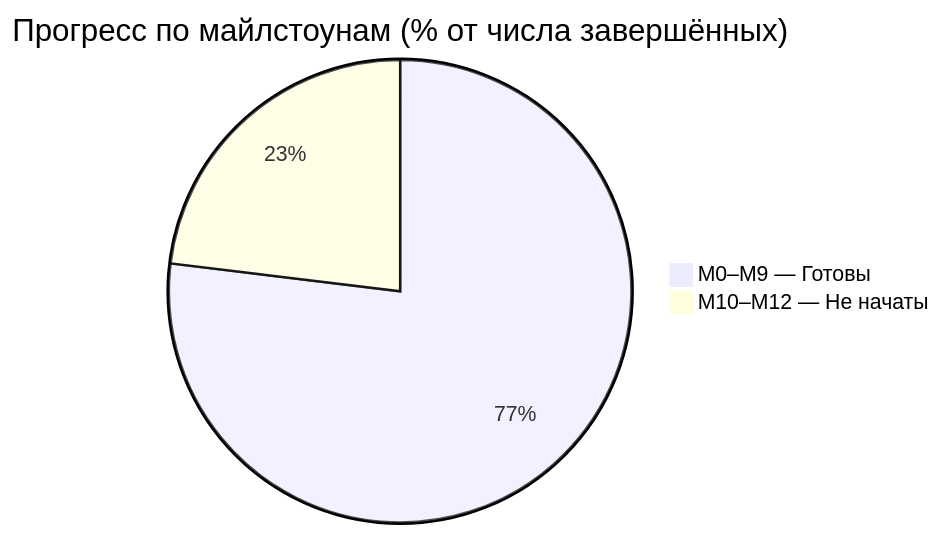
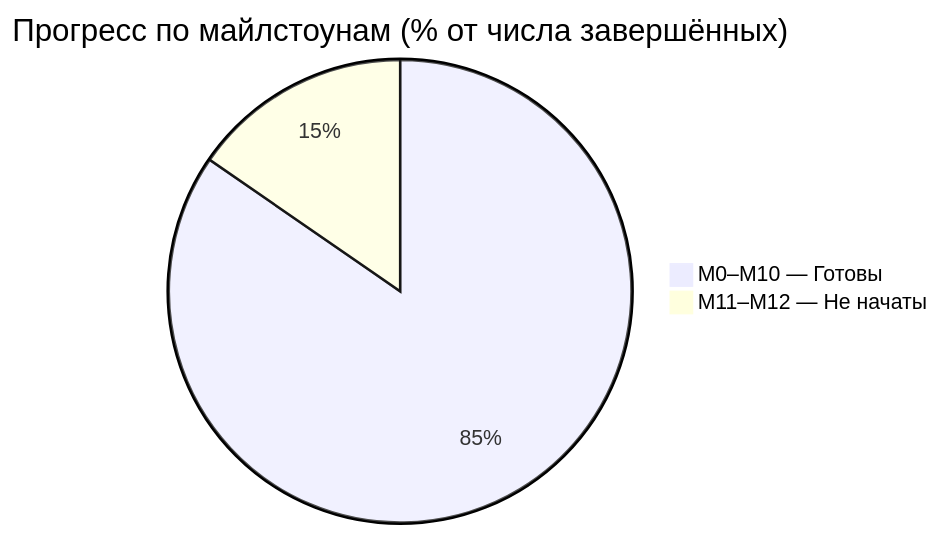
The diagram in Docs-Vault/00 - Dashboard.md (arcsymer/diplomaGame), drawn with Mermaid before and after one commit. The commit also changed other lines of this file and 14 other files, not shown here.

````diff
--- a/Docs-Vault/00 - Dashboard.md
+++ b/Docs-Vault/00 - Dashboard.md
@@ -29,5 +29,5 @@
 ```mermaid
 pie title Прогресс по майлстоунам (% от числа завершённых)
-    "M0–M9 — Готовы" : 10
-    "M10–M12 — Не начаты" : 3
+    "M0–M10 — Готовы" : 11
+    "M11–M12 — Не начаты" : 2
 ```
````
